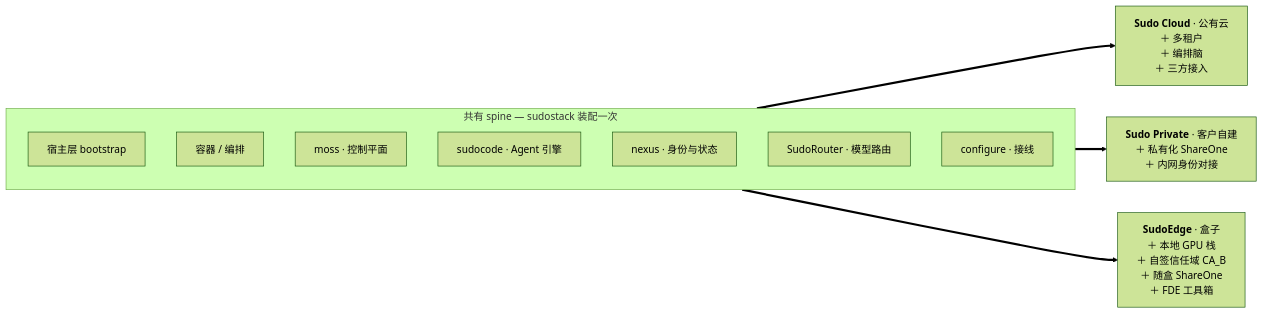
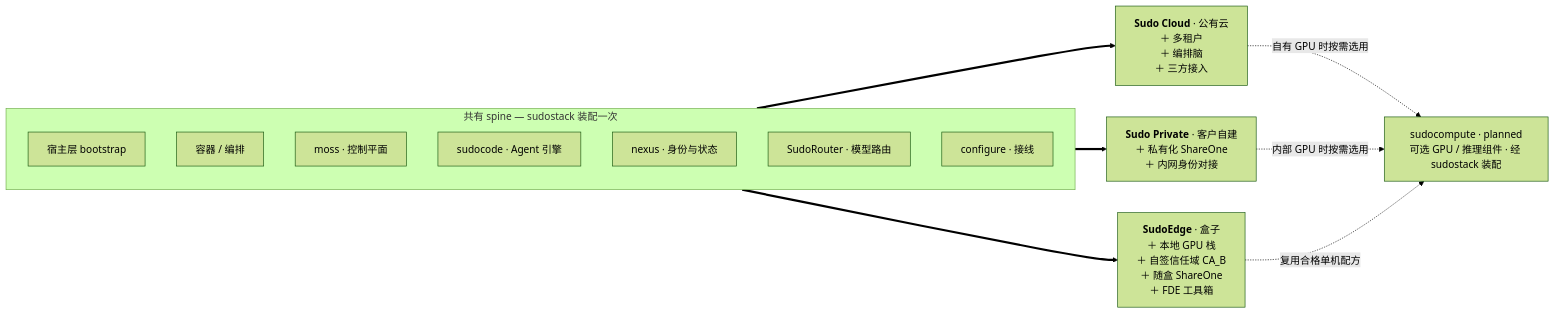
One commit to sudoprivacy/sudostack changed the fourth of 4 diagrams in README.md. Above: the diagram before and after it, drawn with Mermaid (forest theme). The commit also changed other lines of this file and 7 other files, not shown here.

Commit message:
docs: connect optional SudoCompute GPU and inference integration

````diff
--- a/README.md
+++ b/README.md
@@ -208,17 +241,21 @@
 ```mermaid
 flowchart LR
   subgraph SPINE["共有 spine — sudostack 装配一次"]
     direction TB
     HOST["宿主层 bootstrap"]
     ORCH["容器 / 编排"]
     CTRL["moss · 控制平面"]
     ENG["sudocode · Agent 引擎"]
     IDN["nexus · 身份与状态"]
     RT["SudoRouter · 模型路由"]
     WIRE["configure · 接线"]
   end
 
   SPINE ==> CLOUD2["<b>Sudo Cloud</b> · 公有云<br/>＋ 多租户<br/>＋ 编排脑<br/>＋ 三方接入"]
   SPINE ==> PRIVATE2["<b>Sudo Private</b> · 客户自建<br/>＋ 私有化 ShareOne<br/>＋ 内网身份对接"]
   SPINE ==> EDGE2["<b>SudoEdge</b> · 盒子<br/>＋ 本地 GPU 栈<br/>＋ 自签信任域 CA_B<br/>＋ 随盒 ShareOne<br/>＋ FDE 工具箱"]
+  COMPUTE2["sudocompute · planned<br/>可选 GPU / 推理组件 · 经 sudostack 装配"]
+  CLOUD2 -.->|自有 GPU 时按需选用| COMPUTE2
+  PRIVATE2 -.->|内部 GPU 时按需选用| COMPUTE2
+  EDGE2 -.->|复用合格单机配方| COMPUTE2
 ```
````
